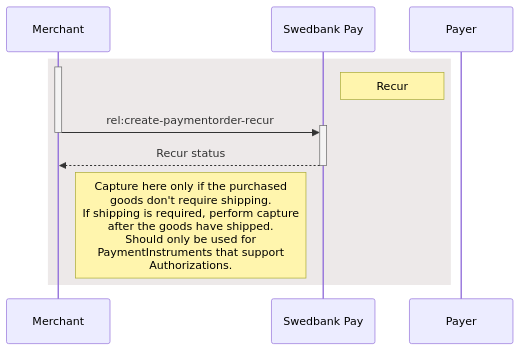
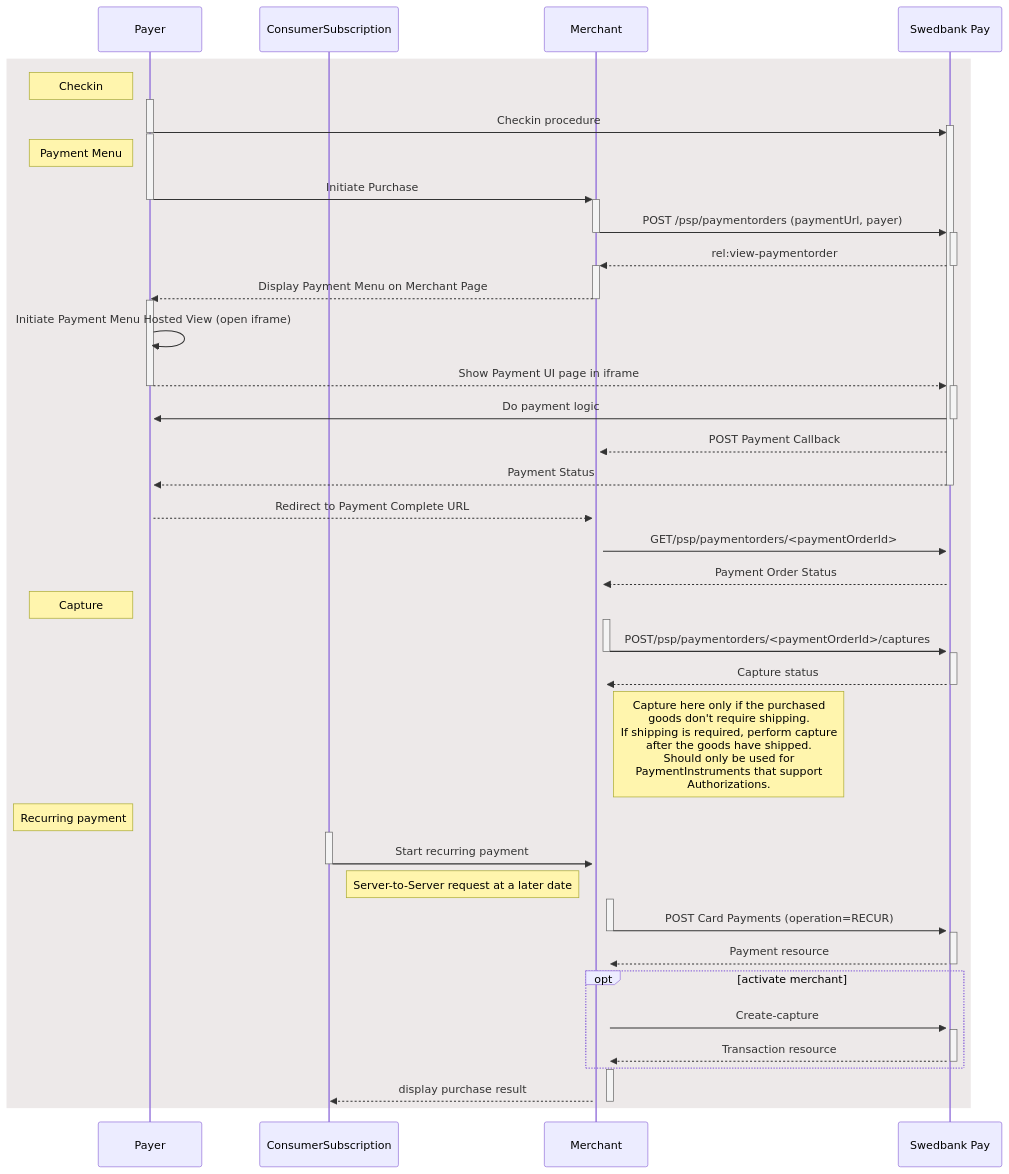
Before and after one commit to SwedbankPay/developer.swedbankpay.com: the first of 3 diagrams in checkout/other-features.md, drawn with Mermaid. The commit also changed other lines of this file, not shown here.

Commit message:
I know this is a clusterf***, but it is my first flow chart ever. Can you please help me make it look like this?
https://wiki.payex.com/xwiki/wiki/stagedeveloper/view/Main/ecommerce/payex-checkout-main/payex-checkout-recurring-payments/

````diff
--- a/checkout/other-features.md
+++ b/checkout/other-features.md
@@ -629,14 +631,56 @@
 ```mermaid
 sequenceDiagram
+    participant Payer
+    participant ConsumerSubscription
     participant Merchant
     participant SwedbankPay as Swedbank Pay
 
     rect rgba(81,43,43,0.1)
+    note left of Payer: Checkin
+        activate Payer
+        Payer ->>+ SwedbankPay: Checkin procedure
+        deactivate Payer
+        activate Payer
+        note left of Payer: Payment Menu
+        Payer ->>+ Merchant: Initiate Purchase
+        deactivate Payer
+        Merchant ->>+ SwedbankPay: POST /psp/paymentorders (paymentUrl, payer)
+        deactivate Merchant
+        SwedbankPay -->>+ Merchant: rel:view-paymentorder
+        deactivate SwedbankPay
+        Merchant -->>- Payer: Display Payment Menu on Merchant Page
+        activate Payer
+        Payer ->> Payer: Initiate Payment Menu Hosted View (open iframe)
+        Payer -->>+ SwedbankPay: Show Payment UI page in iframe
+        deactivate Payer
+        SwedbankPay ->>+ Payer: Do payment logic
+        deactivate SwedbankPay
+        SwedbankPay -->>+ Merchant: POST Payment Callback
+        SwedbankPay -->>- Payer: Payment Status
+        Payer -->>+ Merchant: Redirect to Payment Complete URL
+        Merchant ->>+ SwedbankPay: GET/psp/paymentorders/<paymentOrderId>
+        SwedbankPay -->>+ Merchant: Payment Order Status
+        note left of Payer: Capture
         activate Merchant
-        note left of Payer: Recur
-        Merchant ->>+ SwedbankPay: rel:create-paymentorder-recur
+        Merchant ->>+ SwedbankPay: POST/psp/paymentorders/<paymentOrderId>/captures
         deactivate Merchant
-        SwedbankPay -->>- Merchant: Recur status
+        SwedbankPay -->>- Merchant: Capture status
         note right of Merchant: Capture here only if the purchased<br/>goods don't require shipping.<br/>If shipping is required, perform capture<br/>after the goods have shipped.<br>Should only be used for <br>PaymentInstruments that support <br>Authorizations.
+        note left of Payer: Recurring payment
+        activate ConsumerSubscription
+        ConsumerSubscription ->>+ Merchant: Start recurring payment
+        deactivate ConsumerSubscription
+        note left of Merchant: Server-to-Server request at a later date
+        activate Merchant
+        Merchant ->>+ SwedbankPay: POST Card Payments (operation=RECUR)
+        deactivate Merchant
+        SwedbankPay -->>- Merchant: Payment resource
+
+        opt activate merchant
+        Merchant ->>+ SwedbankPay: Create-capture
+        SwedbankPay -->>- Merchant: Transaction resource
+        end
+        activate Merchant
+        Merchant -->>- ConsumerSubscription: display purchase result
         end
 ```
````
